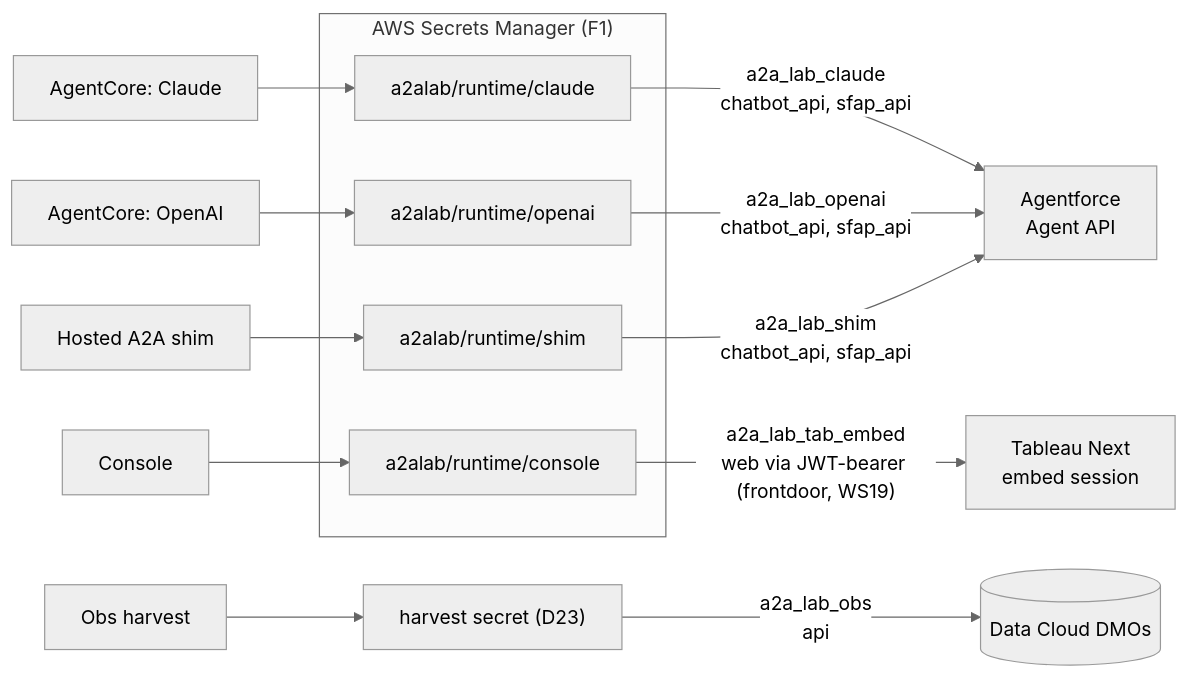
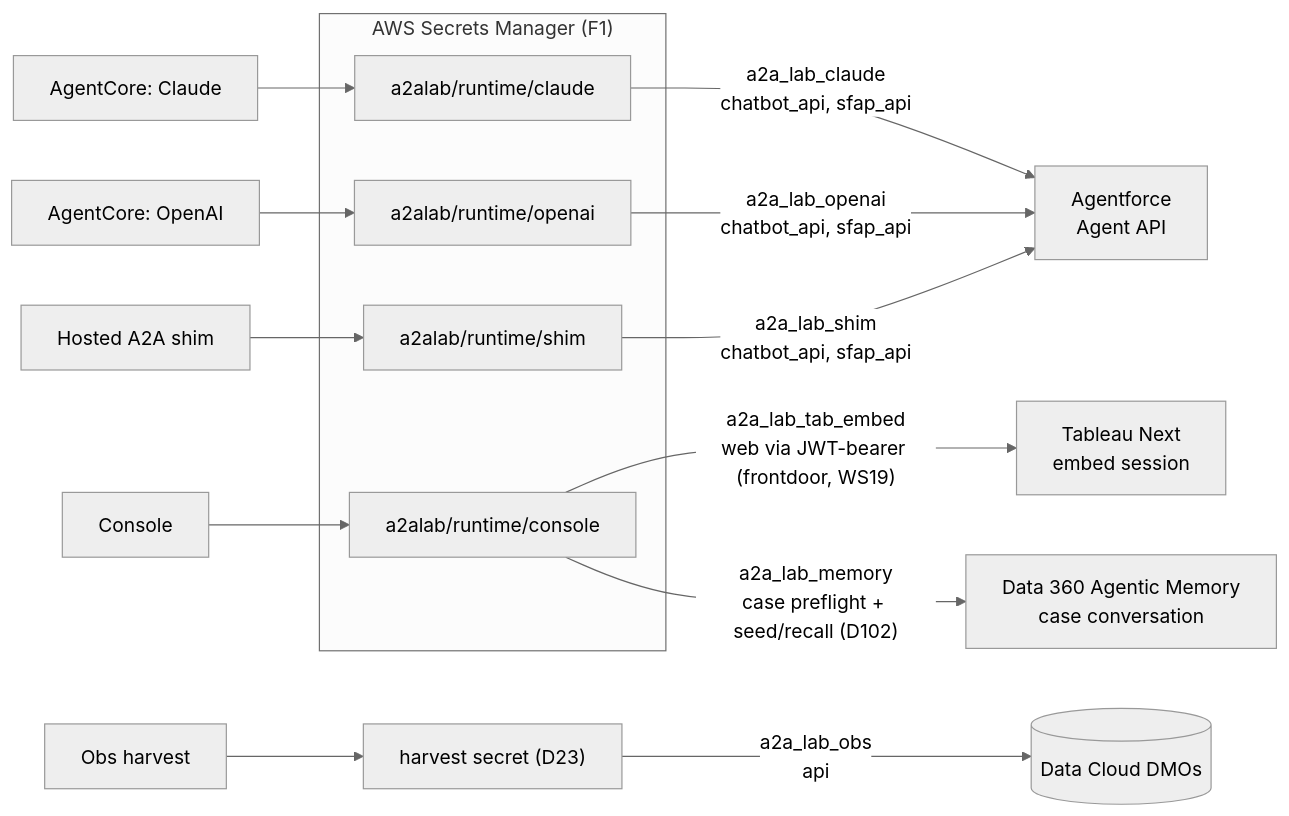
One commit to congmingwudi/a2a-lab changed the fourth of 4 diagrams in README.md. Above: the diagram before and after it, drawn with Mermaid (neutral theme). The commit also changed 18 other files, not shown here.

````diff
--- a/README.md
+++ b/README.md
@@ -621,21 +621,22 @@
 ```mermaid
 flowchart LR
     subgraph sm["AWS Secrets Manager (F1)"]
         SC["a2alab/runtime/claude"]
         SO["a2alab/runtime/openai"]
         SS["a2alab/runtime/shim"]
         SCON["a2alab/runtime/console"]
     end
 
     ACC["AgentCore: Claude"] --> SC
     ACO["AgentCore: OpenAI"] --> SO
     HSHIM["Hosted A2A shim"] --> SS
     CON["Console"] --> SCON
     HARV["Obs harvest"] --> SH["harvest secret (D23)"]
 
     SC -- "a2a_lab_claude<br/>chatbot_api, sfap_api" --> AAPI["Agentforce<br/>Agent API"]
     SO -- "a2a_lab_openai<br/>chatbot_api, sfap_api" --> AAPI
     SS -- "a2a_lab_shim<br/>chatbot_api, sfap_api" --> AAPI
     SH -- "a2a_lab_obs<br/>api" --> DMO[("Data Cloud DMOs")]
     SCON -- "a2a_lab_tab_embed<br/>web via JWT-bearer (frontdoor, WS19)" --> TAB["Tableau Next<br/>embed session"]
+    SCON -- "a2a_lab_memory<br/>case preflight + seed/recall (D102)" --> MEMD102["Data 360 Agentic Memory<br/>case conversation"]
 ```
````
